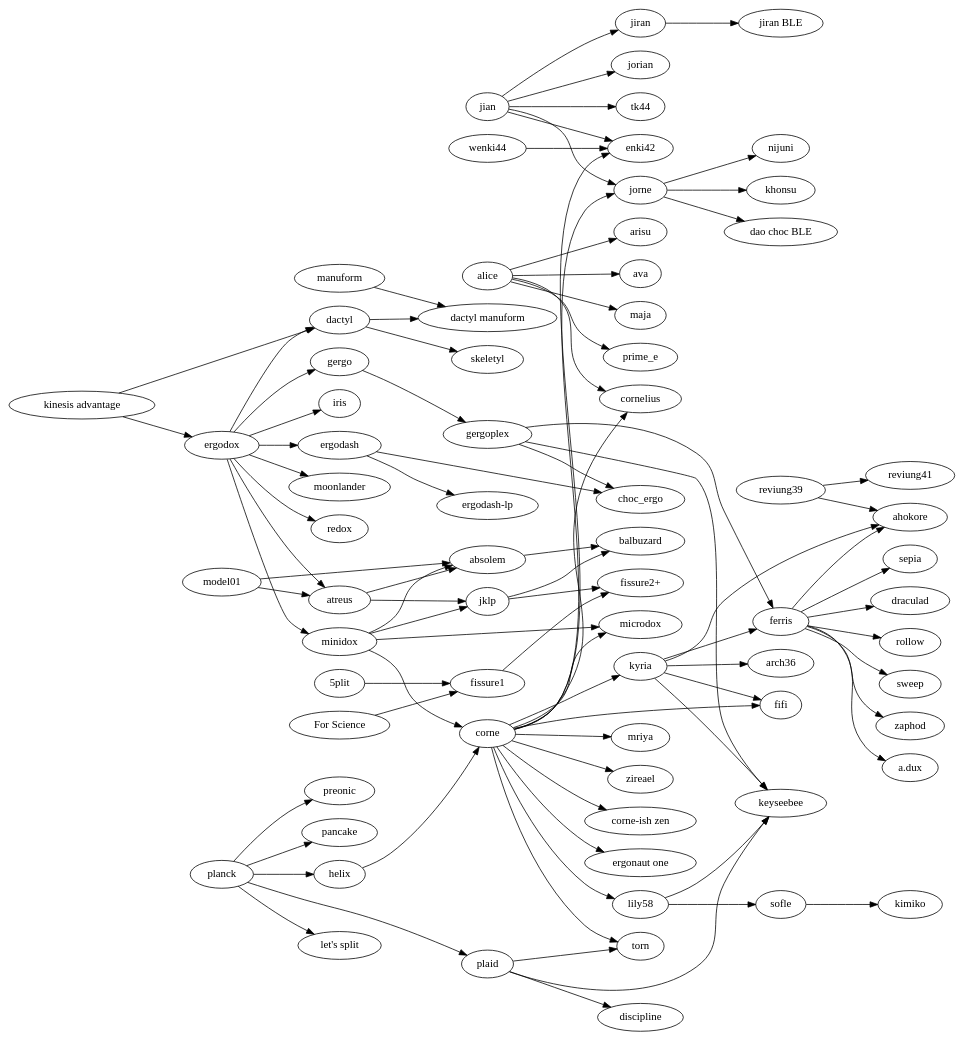
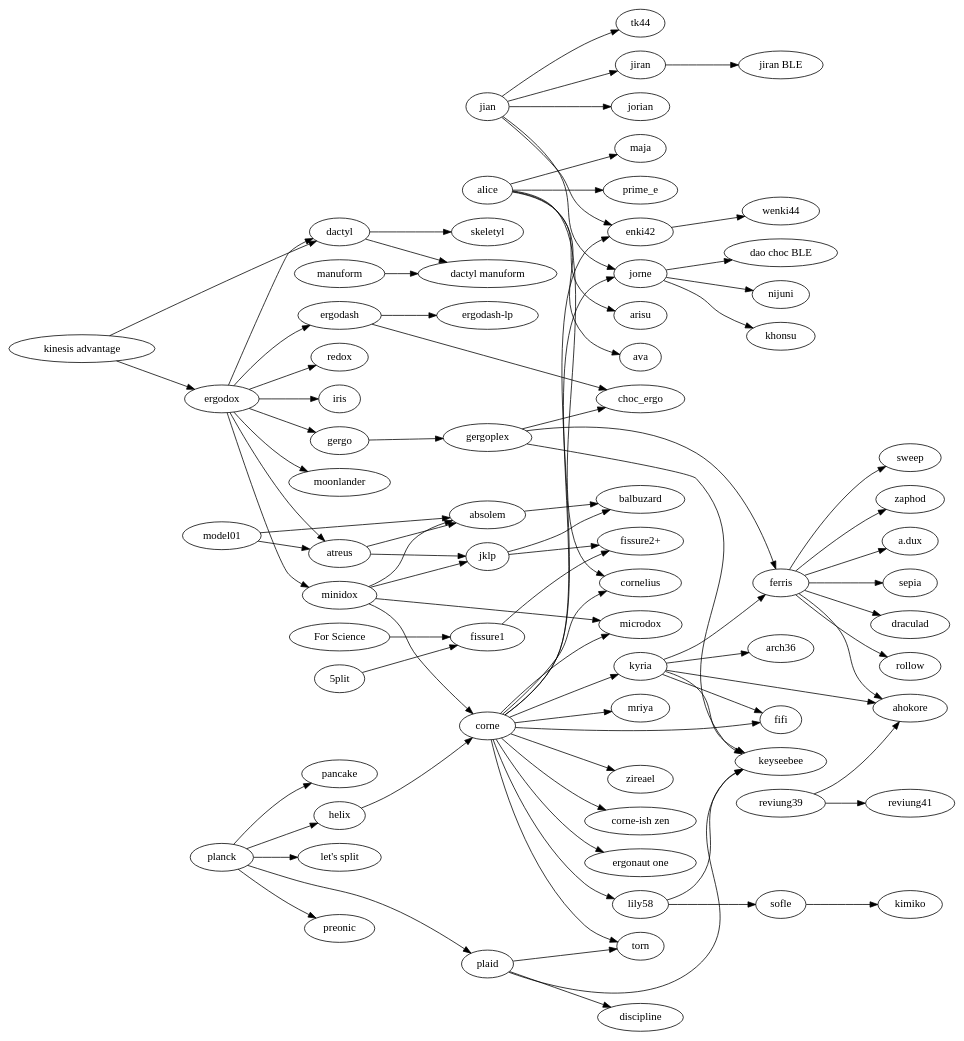
Before and after one commit to joric/graph: the diagram in tree.gv, drawn with Graphviz.

```diff
--- a/tree.gv
+++ b/tree.gv
@@ -1,155 +1,155 @@
 digraph {
   rankdir=LR;
 
   subgraph splits {
     helix -> corne;
-    wenki44 -> enki42;
+    enki42->wenki44;
     jiran->"jiran BLE";
 
     jian -> {
       jorian;
       jorne;
       jiran;
       enki42;
       tk44;
     }
 
     jorne -> {
       nijuni;
       khonsu;
       "dao choc BLE";
     }
 
     corne -> {
       "corne-ish zen";
       cornelius;
       fifi;
       kyria;
       lily58;
       microdox;
       torn;
       jorne;
       "ergonaut one";
       mriya;
       zireael;
       enki42;
     };
 
     lily58 -> {
       keyseebee;
       sofle;
     };
 
     kyria -> {
         ahokore;
         arch36;
         ferris;
         fifi;
         keyseebee;
     };
 
     "kinesis advantage" -> {
       ergodox;
       dactyl;
     };
 
     ergodox -> {
       atreus;
       dactyl;
       ergodash;
       gergo;
       iris;
       minidox;
       moonlander;
       redox;
     };
 
     ergodash -> {
       "ergodash-lp";
       choc_ergo;
     };
 
     gergo -> gergoplex;
     gergoplex -> {
       choc_ergo;
       ferris;
       keyseebee;
     };
 
     ferris -> {
       ahokore;
       sepia;
       draculad;
       rollow;
       sweep;
       zaphod;
       "a.dux";
     };
 
     manuform -> "dactyl manuform";
 
     minidox -> {
       absolem;
       corne;
       microdox;
       jklp;
     };
 
     model01 -> {
       absolem;
       atreus;
     };
 
     sofle -> kimiko;
 
     "5plit" -> "fissure1";
     "For Science" -> "fissure1";
     fissure1 -> "fissure2+";
     jklp -> "fissure2+";
   }
 
   subgraph unibody {
     atreus -> {
       absolem;
       jklp;
     };
     jklp -> balbuzard;
     absolem -> balbuzard;
     reviung39 -> {
       ahokore;
       reviung41;
     };
   };
 
   subgraph ortholinear {
     plaid -> {
       discipline;
       keyseebee;
       torn;
     };
     planck -> {
       helix;
       "let's split";
       plaid;
       preonic;
       pancake;
     };
   }
 
   subgraph {
     dactyl -> {
       "dactyl manuform";
       skeletyl;
     }
   }
 
   subgraph alicefamily {
     alice -> {
       arisu;
       ava;
       cornelius;
       maja;
       prime_e;
     }
   }
 }
```
